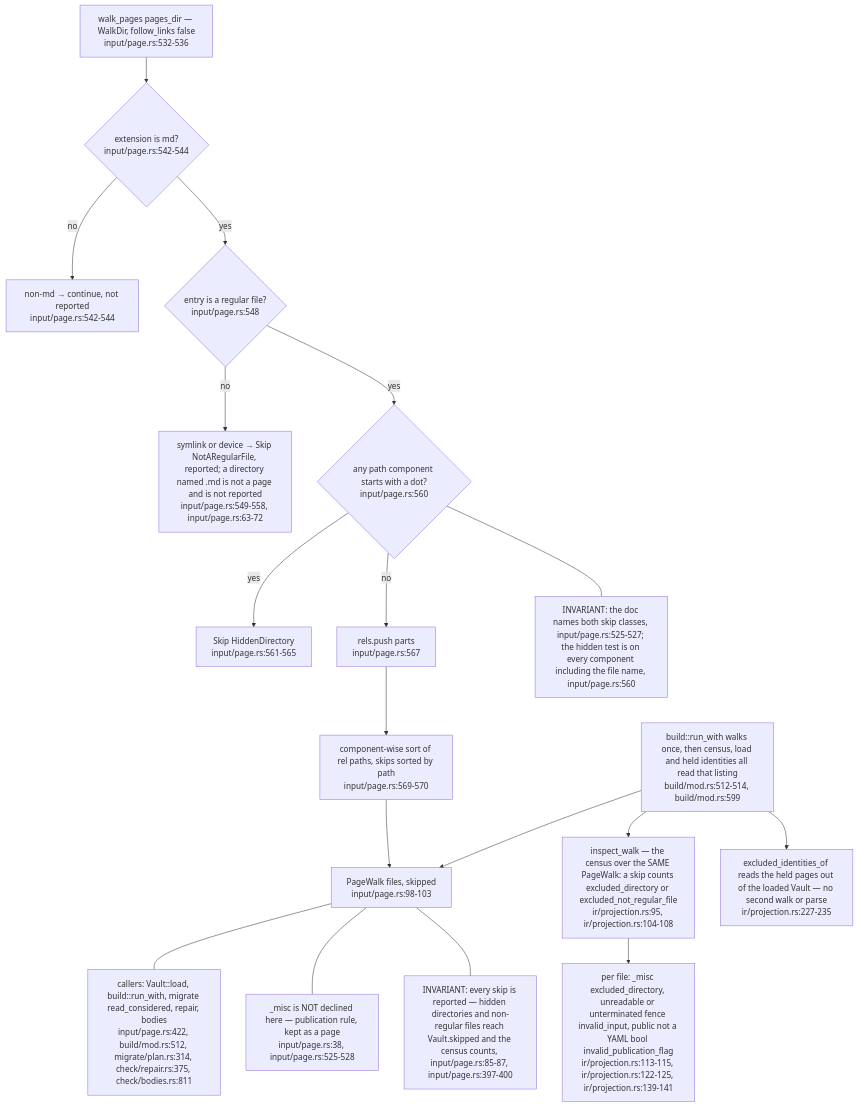
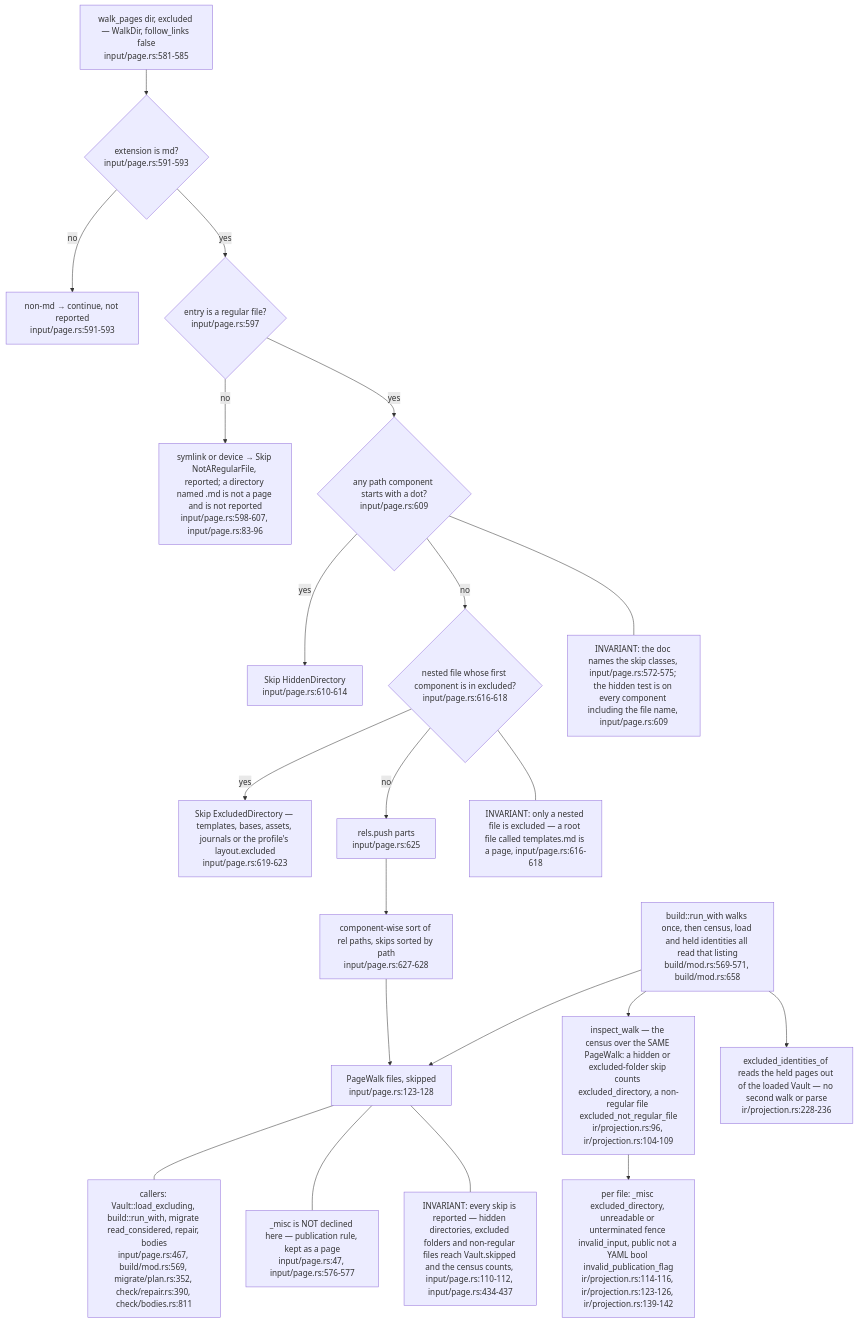
The second of 6 diagrams in docs/diagrams/ontomark/01-input-layer-vault-pages-and-gates.md (DreamLab-AI/VisionFlow), drawn with Mermaid before and after one commit. The commit also changed other lines of this file and 160 other files, not shown here.

````diff
--- a/docs/diagrams/ontomark/01-input-layer-vault-pages-and-gates.md
+++ b/docs/diagrams/ontomark/01-input-layer-vault-pages-and-gates.md
@@ -82,36 +84,42 @@
 ```mermaid
 flowchart TD
-    W["walk_pages pages_dir — WalkDir, follow_links false<br/>input/page.rs:532-536"]
-    ISMD{"extension is md?<br/>input/page.rs:542-544"}
-    DROPNONMD["non-md → continue, not reported<br/>input/page.rs:542-544"]
-    ISFILE{"entry is a regular file?<br/>input/page.rs:548"}
-    DROPSYM["symlink or device → Skip NotARegularFile, reported; a directory named .md is not a page and is not reported<br/>input/page.rs:549-558, input/page.rs:63-72"]
-    HIDDEN{"any path component starts with a dot?<br/>input/page.rs:560"}
-    SKIP["Skip HiddenDirectory<br/>input/page.rs:561-565"]
-    KEEP["rels.push parts<br/>input/page.rs:567"]
-    SORT["component-wise sort of rel paths, skips sorted by path<br/>input/page.rs:569-570"]
-    OUT["PageWalk files, skipped<br/>input/page.rs:98-103"]
+    W["walk_pages dir, excluded — WalkDir, follow_links false<br/>input/page.rs:581-585"]
+    ISMD{"extension is md?<br/>input/page.rs:591-593"}
+    DROPNONMD["non-md → continue, not reported<br/>input/page.rs:591-593"]
+    ISFILE{"entry is a regular file?<br/>input/page.rs:597"}
+    DROPSYM["symlink or device → Skip NotARegularFile, reported; a directory named .md is not a page and is not reported<br/>input/page.rs:598-607, input/page.rs:83-96"]
+    HIDDEN{"any path component starts with a dot?<br/>input/page.rs:609"}
+    SKIP["Skip HiddenDirectory<br/>input/page.rs:610-614"]
+    EXCL{"nested file whose first component is in excluded?<br/>input/page.rs:616-618"}
+    SKIPX["Skip ExcludedDirectory — templates, bases, assets, journals or the profile's layout.excluded<br/>input/page.rs:619-623"]
+    KEEP["rels.push parts<br/>input/page.rs:625"]
+    SORT["component-wise sort of rel paths, skips sorted by path<br/>input/page.rs:627-628"]
+    OUT["PageWalk files, skipped<br/>input/page.rs:123-128"]
     W --> ISMD
     ISMD -- no --> DROPNONMD
     ISMD -- yes --> ISFILE
     ISFILE -- no --> DROPSYM
     ISFILE -- yes --> HIDDEN
     HIDDEN -- yes --> SKIP
-    HIDDEN -- no --> KEEP
+    HIDDEN -- no --> EXCL
+    EXCL -- yes --> SKIPX
+    EXCL -- no --> KEEP
     KEEP --> SORT --> OUT
-    UNPUB["_misc is NOT declined here — publication rule, kept as a page<br/>input/page.rs:38, input/page.rs:525-528"]
-    CALLERS["callers: Vault::load, build::run_with, migrate read_considered, repair, bodies<br/>input/page.rs:422, build/mod.rs:512, migrate/plan.rs:314, check/repair.rs:375, check/bodies.rs:811"]
-    CENSUS["inspect_walk — the census over the SAME PageWalk: a skip counts excluded_directory or excluded_not_regular_file<br/>ir/projection.rs:95, ir/projection.rs:104-108"]
-    CENSUSF["per file: _misc excluded_directory, unreadable or unterminated fence invalid_input, public not a YAML bool invalid_publication_flag<br/>ir/projection.rs:113-115, ir/projection.rs:122-125, ir/projection.rs:139-141"]
-    HELD["excluded_identities_of reads the held pages out of the loaded Vault — no second walk or parse<br/>ir/projection.rs:227-235"]
-    RUN["build::run_with walks once, then census, load and held identities all read that listing<br/>build/mod.rs:512-514, build/mod.rs:599"]
+    UNPUB["_misc is NOT declined here — publication rule, kept as a page<br/>input/page.rs:47, input/page.rs:576-577"]
+    CALLERS["callers: Vault::load_excluding, build::run_with, migrate read_considered, repair, bodies<br/>input/page.rs:467, build/mod.rs:569, migrate/plan.rs:352, check/repair.rs:390, check/bodies.rs:811"]
+    CENSUS["inspect_walk — the census over the SAME PageWalk: a hidden or excluded-folder skip counts excluded_directory, a non-regular file excluded_not_regular_file<br/>ir/projection.rs:96, ir/projection.rs:104-109"]
+    CENSUSF["per file: _misc excluded_directory, unreadable or unterminated fence invalid_input, public not a YAML bool invalid_publication_flag<br/>ir/projection.rs:114-116, ir/projection.rs:123-126, ir/projection.rs:139-142"]
+    HELD["excluded_identities_of reads the held pages out of the loaded Vault — no second walk or parse<br/>ir/projection.rs:228-236"]
+    RUN["build::run_with walks once, then census, load and held identities all read that listing<br/>build/mod.rs:569-571, build/mod.rs:658"]
     OUT --- CALLERS
     OUT --- UNPUB
     RUN --> OUT
     RUN --> CENSUS --> CENSUSF
     RUN --> HELD
-    note1["INVARIANT: every skip is reported — hidden directories and non-regular files reach Vault.skipped and the census counts, input/page.rs:85-87, input/page.rs:397-400"]
-    note2["INVARIANT: the doc names both skip classes, input/page.rs:525-527; the hidden test is on every component including the file name, input/page.rs:560"]
+    note1["INVARIANT: every skip is reported — hidden directories, excluded folders and non-regular files reach Vault.skipped and the census counts, input/page.rs:110-112, input/page.rs:434-437"]
+    note2["INVARIANT: the doc names the skip classes, input/page.rs:572-575; the hidden test is on every component including the file name, input/page.rs:609"]
+    note3["INVARIANT: only a nested file is excluded — a root file called templates.md is a page, input/page.rs:616-618"]
     OUT --- note1
     HIDDEN --- note2
+    EXCL --- note3
 ```
````
